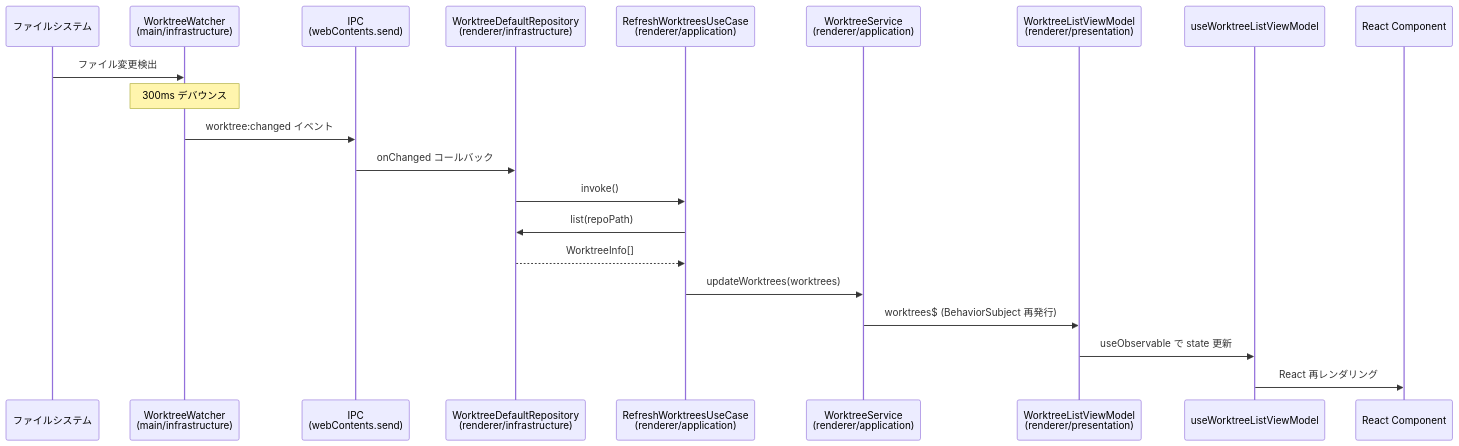
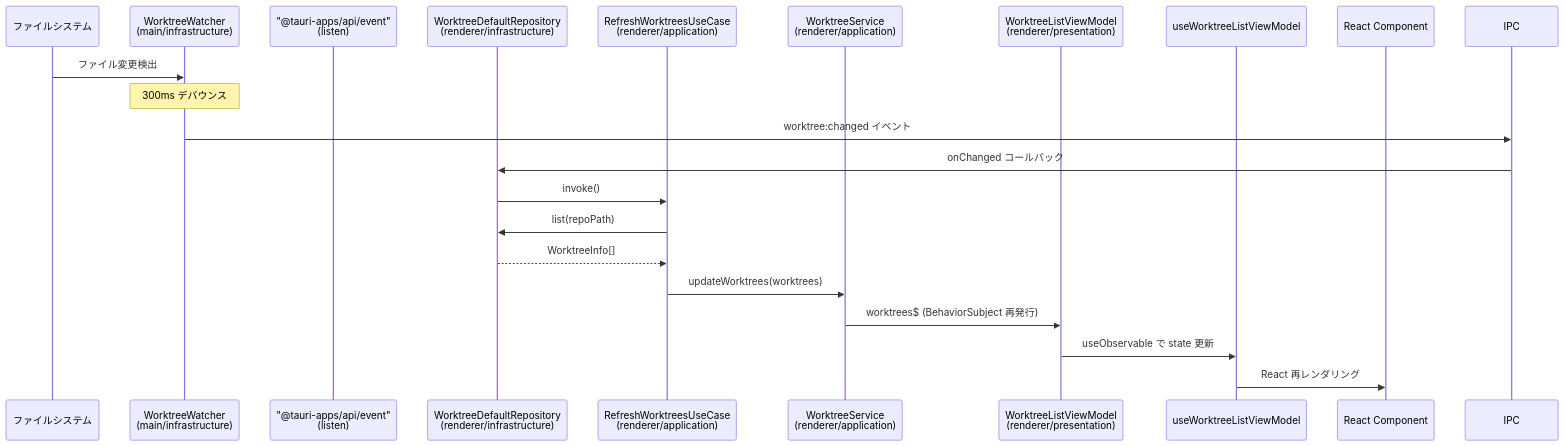
The second of 2 diagrams in .sdd/specification/worktree-management_design.md (ToshikiImagawa/Buruma), drawn with Mermaid before and after one commit. The commit also changed other lines of this file and 7 other files, not shown here.

````diff
--- a/.sdd/specification/worktree-management_design.md
+++ b/.sdd/specification/worktree-management_design.md
@@ -759,24 +768,24 @@
 ```mermaid
 sequenceDiagram
     participant FS as ファイルシステム
     participant Watcher as WorktreeWatcher<br/>(main/infrastructure)
-    participant IPC as IPC<br/>(webContents.send)
+    participant Event as "@tauri-apps/api/event"<br/>(listen)
     participant RepoDefault as WorktreeDefaultRepository<br/>(renderer/infrastructure)
     participant Refresh as RefreshWorktreesUseCase<br/>(renderer/application)
     participant Service as WorktreeService<br/>(renderer/application)
     participant VM as WorktreeListViewModel<br/>(renderer/presentation)
     participant Hook as useWorktreeListViewModel
     participant UI as React Component
 
     FS->>Watcher: ファイル変更検出
     Note over Watcher: 300ms デバウンス
     Watcher->>IPC: worktree:changed イベント
     IPC->>RepoDefault: onChanged コールバック
     RepoDefault->>Refresh: invoke()
     Refresh->>RepoDefault: list(repoPath)
     RepoDefault-->>Refresh: WorktreeInfo[]
     Refresh->>Service: updateWorktrees(worktrees)
     Service->>VM: worktrees$ (BehaviorSubject 再発行)
     VM->>Hook: useObservable で state 更新
     Hook->>UI: React 再レンダリング
 ```
````
